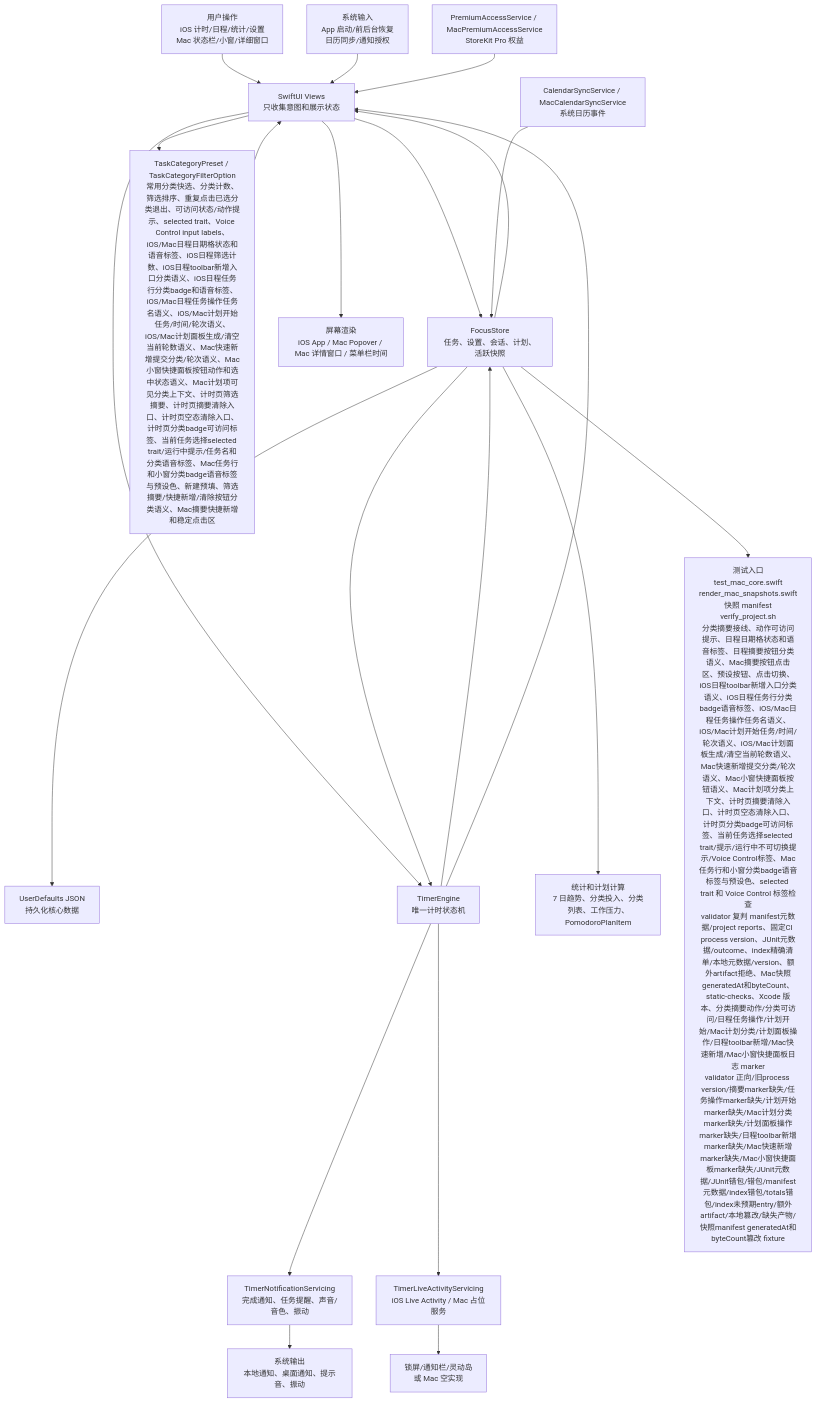
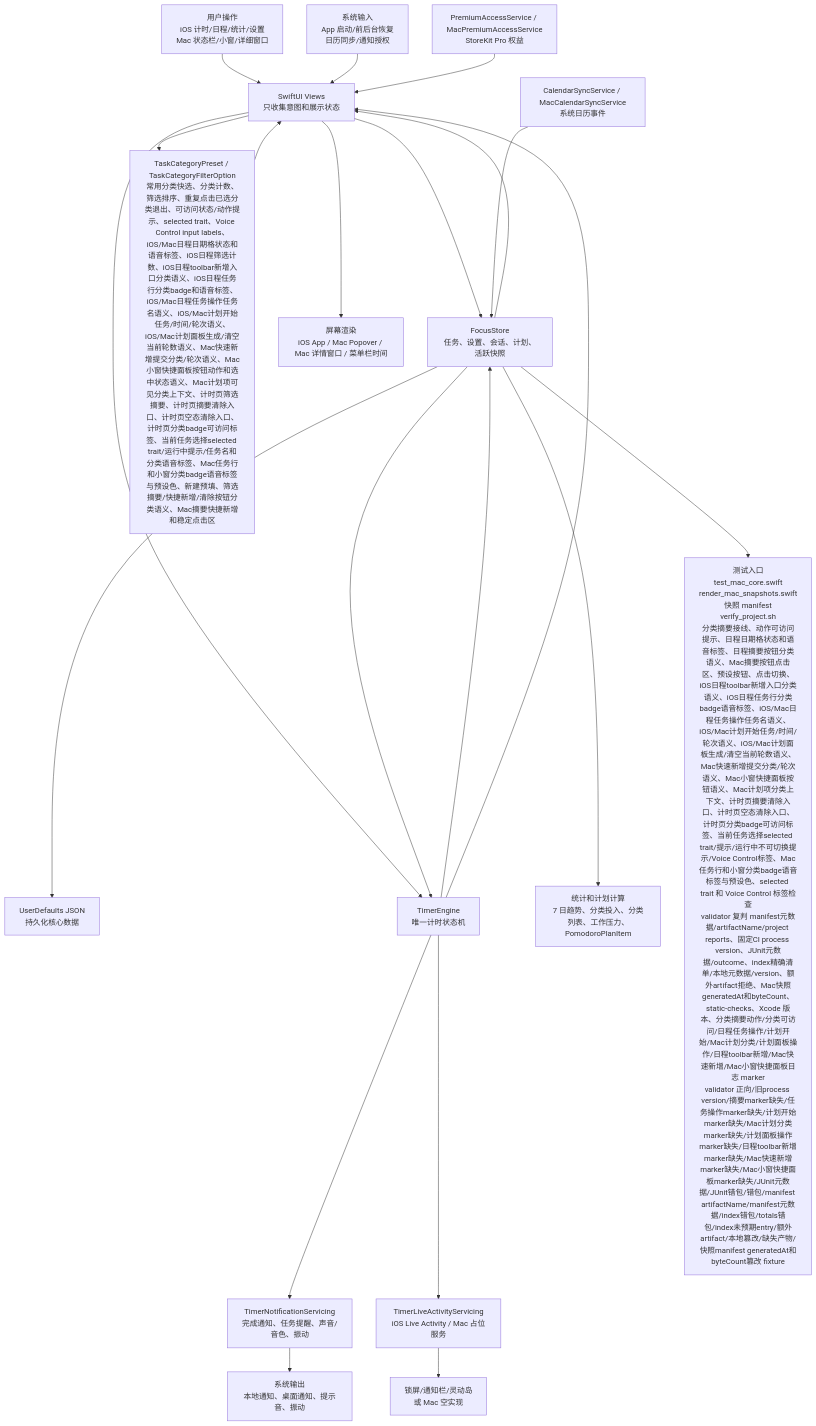
Before and after one commit to Altman-sam114/114: the first of 6 diagrams in md/flow/flowchart.md, drawn with Mermaid. The commit also changed other lines of this file and 8 other files, not shown here.

````diff
--- a/md/flow/flowchart.md
+++ b/md/flow/flowchart.md
@@ -9,23 +9,23 @@
 ```mermaid
 flowchart TD
   U["用户操作<br/>iOS 计时/日程/统计/设置<br/>Mac 状态栏/小窗/详细窗口"] --> V["SwiftUI Views<br/>只收集意图和展示状态"]
   SYS["系统输入<br/>App 启动/前后台恢复<br/>日历同步/通知授权"] --> V
   V --> S["FocusStore<br/>任务、设置、会话、计划、活跃快照"]
   V --> CAT["TaskCategoryPreset / TaskCategoryFilterOption<br/>常用分类快选、分类计数、筛选排序、重复点击已选分类退出、可访问状态/动作提示、selected trait、Voice Control input labels、iOS/Mac日程日期格状态和语音标签、iOS日程筛选计数、iOS日程toolbar新增入口分类语义、iOS日程任务行分类badge和语音标签、iOS/Mac日程任务操作任务名语义、iOS/Mac计划开始任务/时间/轮次语义、iOS/Mac计划面板生成/清空当前轮数语义、Mac快速新增提交分类/轮次语义、Mac小窗快捷面板按钮动作和选中状态语义、Mac计划项可见分类上下文、计时页筛选摘要、计时页摘要清除入口、计时页空态清除入口、计时页分类badge可访问标签、当前任务选择selected trait/运行中提示/任务名和分类语音标签、Mac任务行和小窗分类badge语音标签与预设色、新建预填、筛选摘要/快捷新增/清除按钮分类语义、Mac摘要快捷新增和稳定点击区"]
   CAT --> V
   S --> P["UserDefaults JSON<br/>持久化核心数据"]
   V --> E["TimerEngine<br/>唯一计时状态机"]
   S --> E
   E --> S
   E --> N["TimerNotificationServicing<br/>完成通知、任务提醒、声音/音色、振动"]
   E --> L["TimerLiveActivityServicing<br/>iOS Live Activity / Mac 占位服务"]
   S --> C["统计和计划计算<br/>7 日趋势、分类投入、分类列表、工作压力、PomodoroPlanItem"]
   CAL["CalendarSyncService / MacCalendarSyncService<br/>系统日历事件"] --> S
   PRO["PremiumAccessService / MacPremiumAccessService<br/>StoreKit Pro 权益"] --> V
   S --> V
   E --> V
   V --> OUT["屏幕渲染<br/>iOS App / Mac Popover / Mac 详情窗口 / 菜单栏时间"]
   N --> OUT2["系统输出<br/>本地通知、桌面通知、提示音、振动"]
   L --> OUT3["锁屏/通知栏/灵动岛<br/>或 Mac 空实现"]
-  S --> T["测试入口<br/>test_mac_core.swift<br/>render_mac_snapshots.swift<br/>快照 manifest<br/>verify_project.sh<br/>分类摘要接线、动作可访问提示、日程日期格状态和语音标签、日程摘要按钮分类语义、Mac摘要按钮点击区、预设按钮、点击切换、iOS日程toolbar新增入口分类语义、iOS日程任务行分类badge语音标签、iOS/Mac日程任务操作任务名语义、iOS/Mac计划开始任务/时间/轮次语义、iOS/Mac计划面板生成/清空当前轮数语义、Mac快速新增提交分类/轮次语义、Mac小窗快捷面板按钮语义、Mac计划项分类上下文、计时页摘要清除入口、计时页空态清除入口、计时页分类badge可访问标签、当前任务选择selected trait/提示/运行中不可切换提示/Voice Control标签、Mac任务行和小窗分类badge语音标签与预设色、selected trait 和 Voice Control 标签检查<br/>validator 复判 manifest元数据/project reports、固定CI process version、JUnit元数据/outcome、index精确清单/本地元数据/version、额外artifact拒绝、Mac快照generatedAt和byteCount、static-checks、Xcode 版本、分类摘要动作/分类可访问/日程任务操作/计划开始/Mac计划分类/计划面板操作/日程toolbar新增/Mac快速新增/Mac小窗快捷面板日志 marker<br/>validator 正向/旧process version/摘要marker缺失/任务操作marker缺失/计划开始marker缺失/Mac计划分类marker缺失/计划面板操作marker缺失/日程toolbar新增marker缺失/Mac快速新增marker缺失/Mac小窗快捷面板marker缺失/JUnit元数据/JUnit错包/错包/manifest元数据/index错包/totals错包/index未预期entry/额外artifact/本地篡改/缺失产物/快照manifest generatedAt和byteCount篡改 fixture"]
+  S --> T["测试入口<br/>test_mac_core.swift<br/>render_mac_snapshots.swift<br/>快照 manifest<br/>verify_project.sh<br/>分类摘要接线、动作可访问提示、日程日期格状态和语音标签、日程摘要按钮分类语义、Mac摘要按钮点击区、预设按钮、点击切换、iOS日程toolbar新增入口分类语义、iOS日程任务行分类badge语音标签、iOS/Mac日程任务操作任务名语义、iOS/Mac计划开始任务/时间/轮次语义、iOS/Mac计划面板生成/清空当前轮数语义、Mac快速新增提交分类/轮次语义、Mac小窗快捷面板按钮语义、Mac计划项分类上下文、计时页摘要清除入口、计时页空态清除入口、计时页分类badge可访问标签、当前任务选择selected trait/提示/运行中不可切换提示/Voice Control标签、Mac任务行和小窗分类badge语音标签与预设色、selected trait 和 Voice Control 标签检查<br/>validator 复判 manifest元数据/artifactName/project reports、固定CI process version、JUnit元数据/outcome、index精确清单/本地元数据/version、额外artifact拒绝、Mac快照generatedAt和byteCount、static-checks、Xcode 版本、分类摘要动作/分类可访问/日程任务操作/计划开始/Mac计划分类/计划面板操作/日程toolbar新增/Mac快速新增/Mac小窗快捷面板日志 marker<br/>validator 正向/旧process version/摘要marker缺失/任务操作marker缺失/计划开始marker缺失/Mac计划分类marker缺失/计划面板操作marker缺失/日程toolbar新增marker缺失/Mac快速新增marker缺失/Mac小窗快捷面板marker缺失/JUnit元数据/JUnit错包/错包/manifest artifactName/manifest元数据/index错包/totals错包/index未预期entry/额外artifact/本地篡改/缺失产物/快照manifest generatedAt和byteCount篡改 fixture"]
 ```
````
